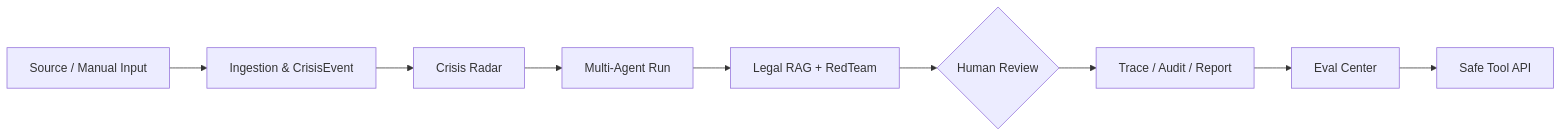
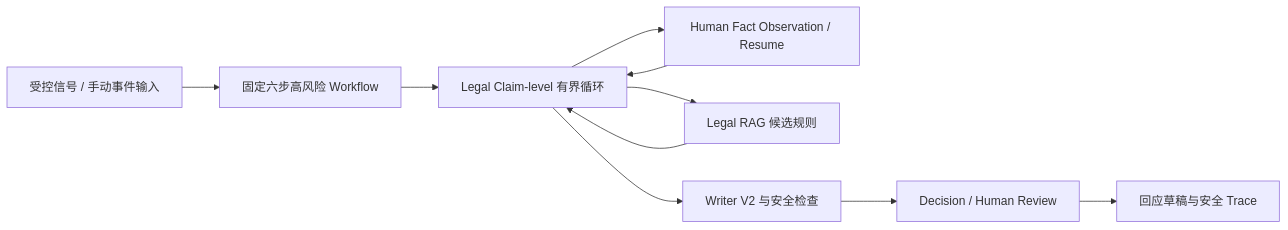
Before and after one commit to Zzzzzzzuj/CrisisAgent: the second of 2 diagrams in README.md, drawn with Mermaid. The commit also changed other lines of this file and 7 other files, not shown here.

````diff
--- a/README.md
+++ b/README.md
@@ -36,11 +140,12 @@
 ```mermaid
 flowchart LR
-    A["Source / Manual Input"] --> B["Ingestion & CrisisEvent"]
-    B --> C["Crisis Radar"]
-    C --> D["Multi-Agent Run"]
-    D --> E["Legal RAG + RedTeam"]
-    E --> F{"Human Review"}
-    F --> G["Trace / Audit / Report"]
-    G --> H["Eval Center"]
-    H --> I["Safe Tool API"]
+    I[受控信号 / 手动事件输入] --> F[固定六步高风险 Workflow]
+    F --> L[Legal Claim-level 有界循环]
+    L --> HF[Human Fact Observation / Resume]
+    L --> RAG[Legal RAG 候选规则]
+    HF --> L
+    RAG --> L
+    L --> W[Writer V2 与安全检查]
+    W --> H[Decision / Human Review]
+    H --> O[回应草稿与安全 Trace]
 ```
````
